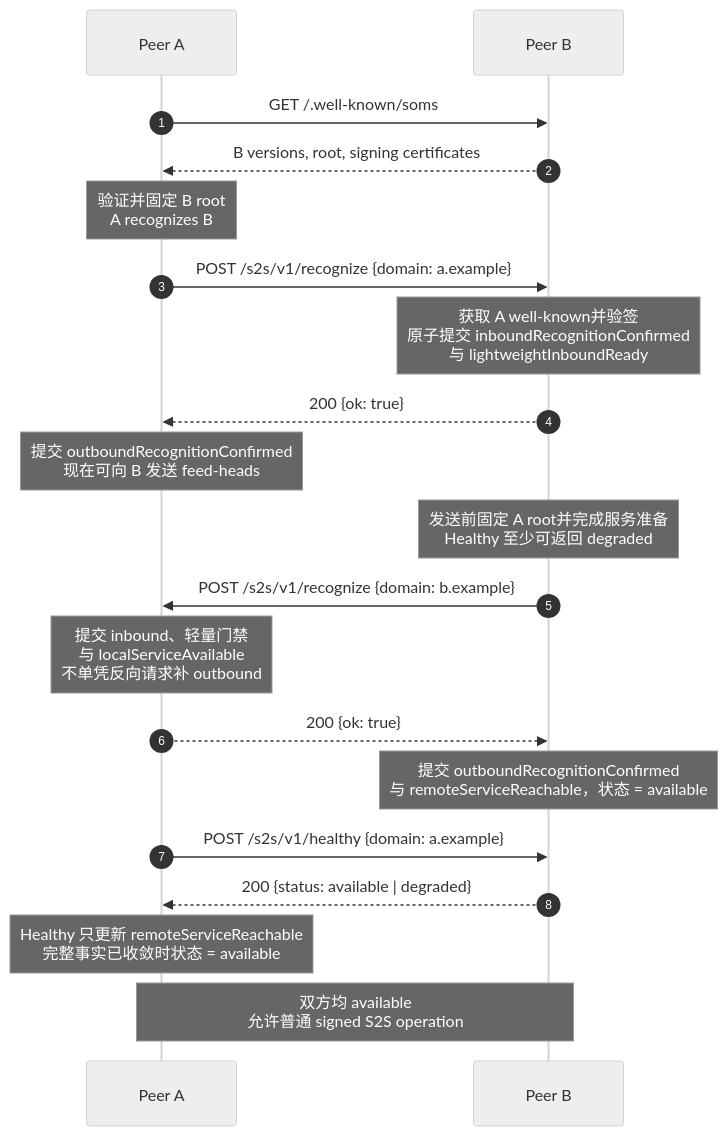
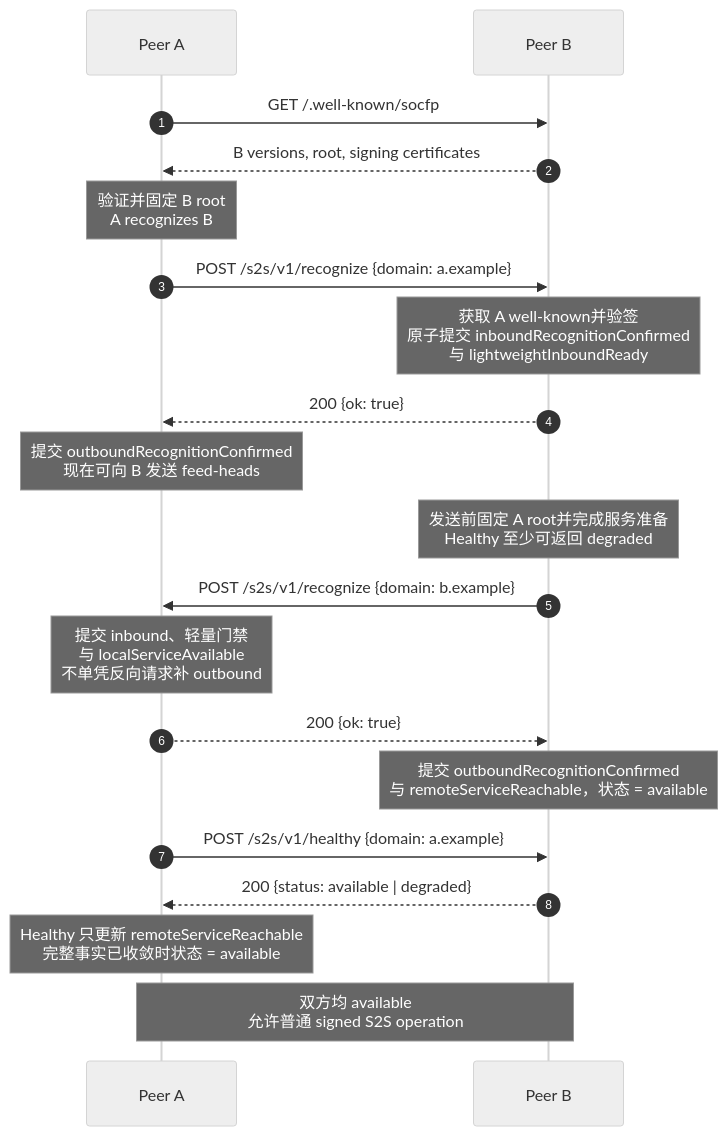
Before and after one commit to hapood/simple-open-messaging-service: the second of 3 diagrams in spec/v1/recognition.md, drawn with Mermaid (neutral theme). The commit also changed other lines of this file and 188 other files, not shown here.

````diff
--- a/spec/v1/recognition.md
+++ b/spec/v1/recognition.md
@@ -308,26 +308,26 @@
 ```mermaid
 sequenceDiagram
     autonumber
     participant A as Peer A
     participant B as Peer B
 
-    A->>B: GET /.well-known/soms
+    A->>B: GET /.well-known/socfp
     B-->>A: B versions, root, signing certificates
     Note over A: 验证并固定 B root<br/>A recognizes B
     A->>B: POST /s2s/v1/recognize {domain: a.example}
     Note over B: 获取 A well-known并验签<br/>原子提交 inboundRecognitionConfirmed<br/>与 lightweightInboundReady
     B-->>A: 200 {ok: true}
     Note over A: 提交 outboundRecognitionConfirmed<br/>现在可向 B 发送 feed-heads
 
     Note over B: 发送前固定 A root并完成服务准备<br/>Healthy 至少可返回 degraded
     B->>A: POST /s2s/v1/recognize {domain: b.example}
     Note over A: 提交 inbound、轻量门禁<br/>与 localServiceAvailable<br/>不单凭反向请求补 outbound
     A-->>B: 200 {ok: true}
     Note over B: 提交 outboundRecognitionConfirmed<br/>与 remoteServiceReachable，状态 = available
 
     A->>B: POST /s2s/v1/healthy {domain: a.example}
     B-->>A: 200 {status: available | degraded}
     Note over A: Healthy 只更新 remoteServiceReachable<br/>完整事实已收敛时状态 = available
 
     Note over A,B: 双方均 available<br/>允许普通 signed S2S operation
 ```
````
